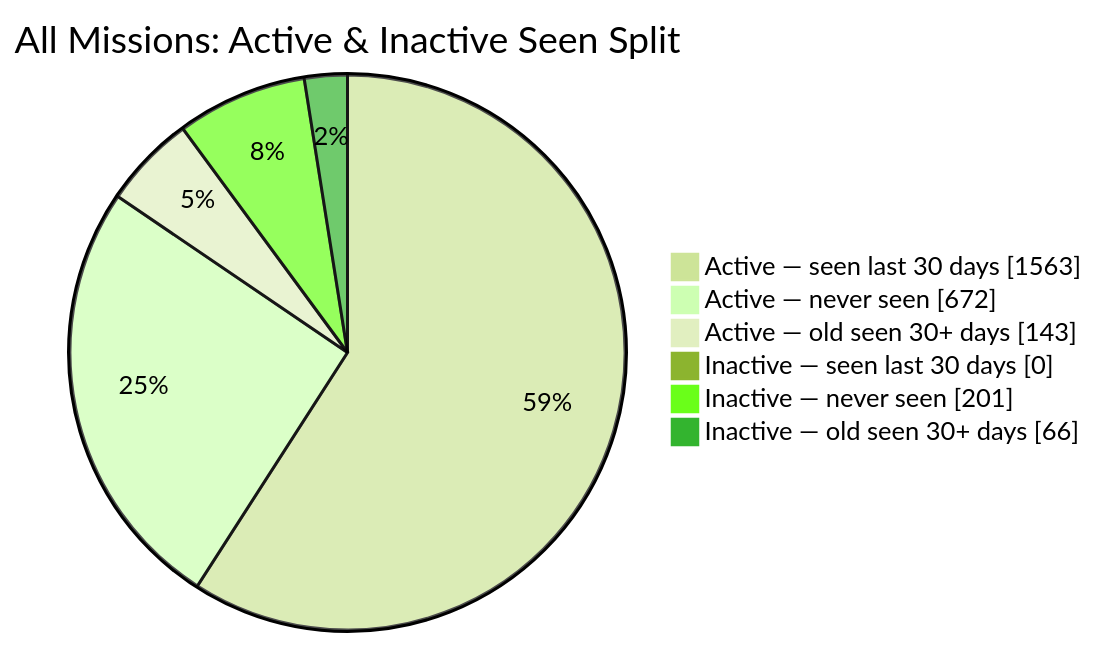
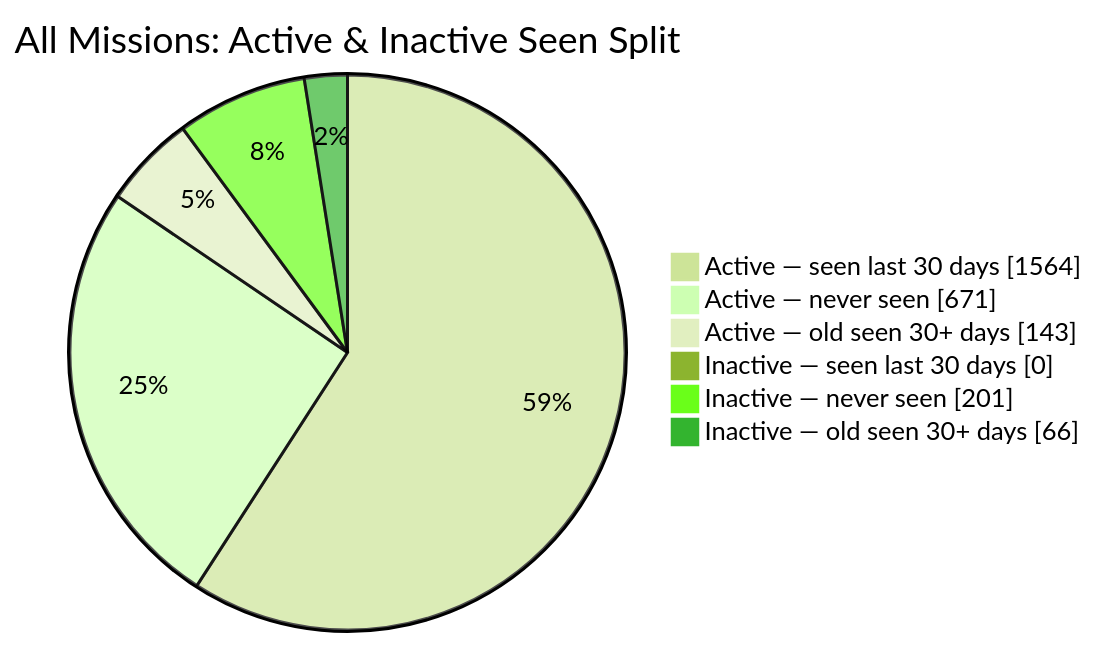
The second of 2 diagrams in README.md (MeldkamerspelGameTeam/active-missions), drawn with Mermaid (forest theme) before and after one commit. The commit also changed other lines of this file and 2 other files, not shown here.

````diff
--- a/README.md
+++ b/README.md
@@ -44,10 +44,10 @@
 ```mermaid
 pie showData
     title All Missions: Active & Inactive Seen Split
-    "Active — seen last 30 days" : 1563
-    "Active — never seen" : 672
+    "Active — seen last 30 days" : 1564
+    "Active — never seen" : 671
     "Active — old seen 30+ days" : 143
     "Inactive — seen last 30 days" : 0
     "Inactive — never seen" : 201
     "Inactive — old seen 30+ days" : 66
 ```
````
